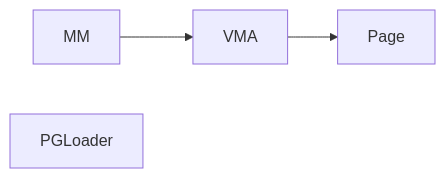
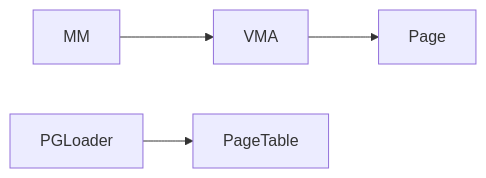
One commit to ProjectMitosisOS/mitosis-core changed the first of 2 diagrams in docs/mitosis-core.md. Above: the diagram before and after it, drawn with Mermaid. The commit also changed other lines of this file and 1 other file, not shown here.

````diff
--- a/docs/mitosis-core.md
+++ b/docs/mitosis-core.md
@@ -9,9 +9,12 @@
 ```mermaid
 flowchart LR 
 A[VMA] 
 B[Page]
 C[MM]
 D[PGLoader] 
+E[PageTable]
+
 A --> B
 C --> A
+D --> E
 ```
````
